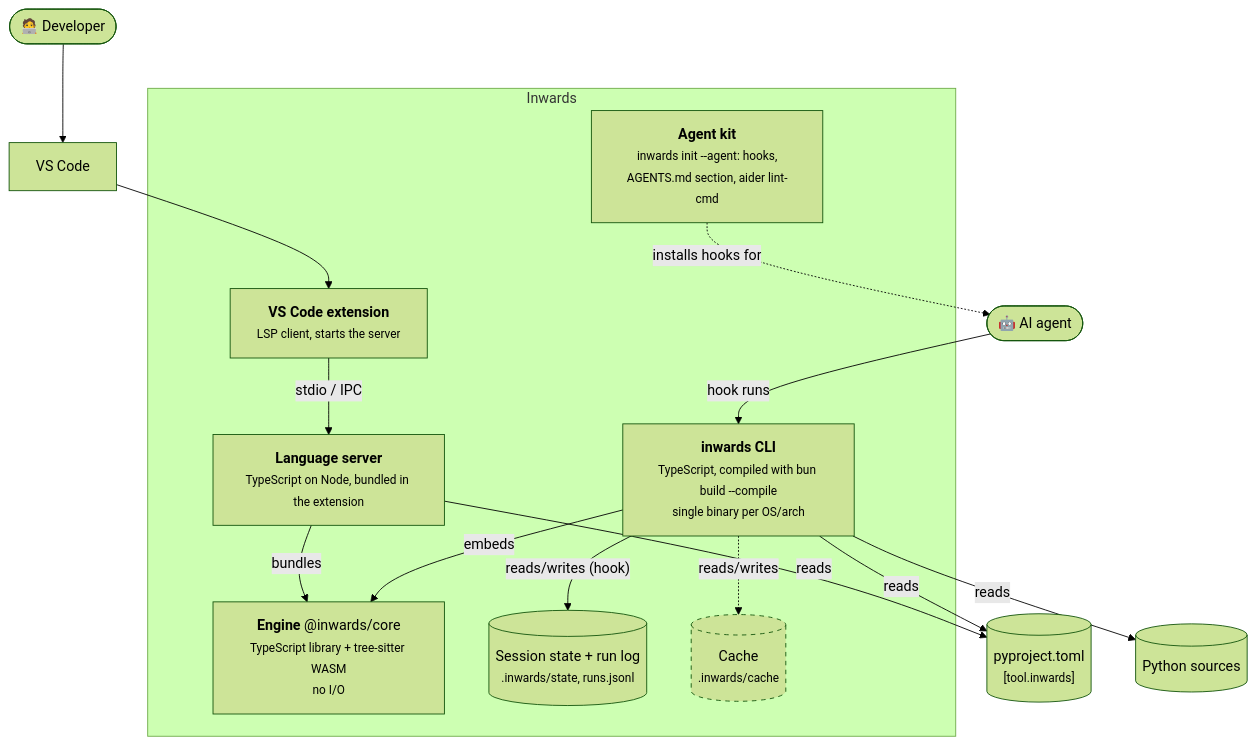
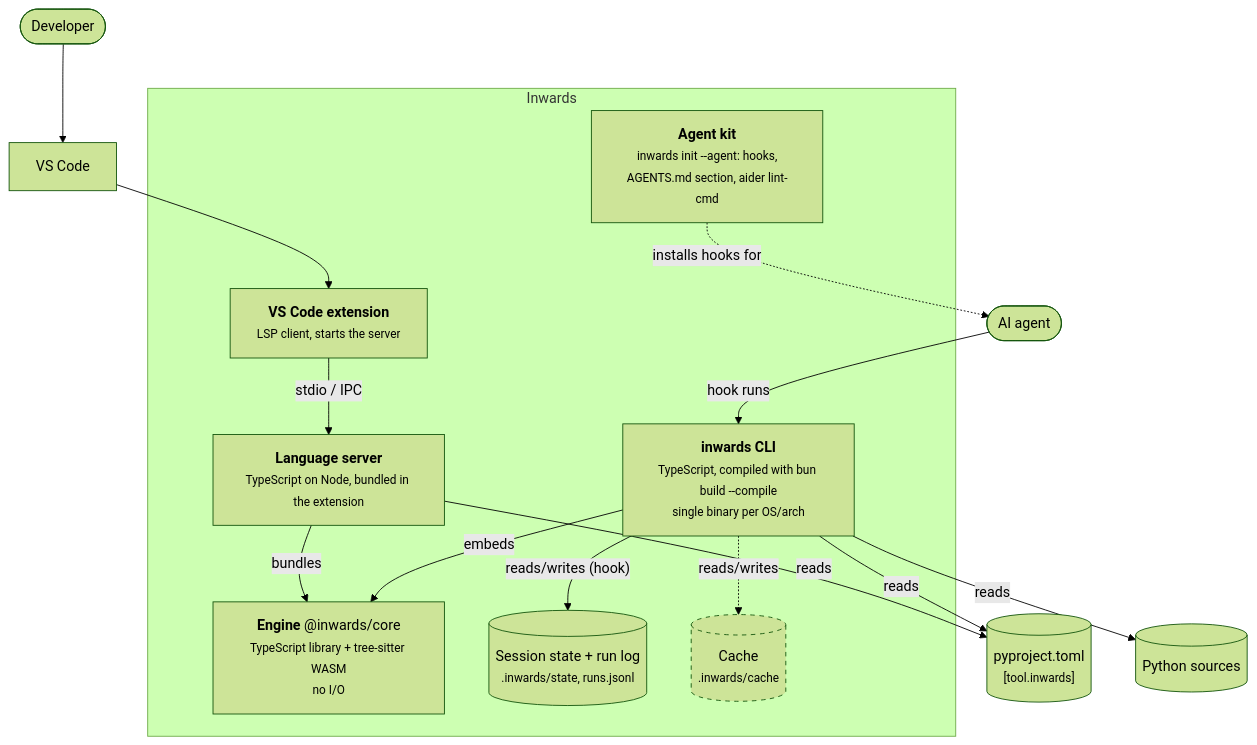
The second of 6 diagrams in docs/chapters/03-Architecture-C4.md (SirCypkowskyy/inwards), drawn with Mermaid (forest theme) before and after one commit. The commit also changed other lines of this file and 9 other files, not shown here.

First line of the commit message:
docs: draw diagram and status icons instead of emoji, recolour the chapter 6 pie

````diff
--- a/docs/chapters/03-Architecture-C4.md
+++ b/docs/chapters/03-Architecture-C4.md
@@ -46,33 +46,33 @@
 ```mermaid
 flowchart TB
-    agent(["🤖 AI agent"])
-    dev(["🧑‍💻 Developer"])
+    agent(["AI agent"])
+    dev(["Developer"])
 
     subgraph dist["Inwards"]
         cli["<b>inwards CLI</b><br/><small>TypeScript, compiled with bun build --compile<br/>single binary per OS/arch</small>"]
         lsp["<b>Language server</b><br/><small>TypeScript on Node, bundled in the extension</small>"]
         ext["<b>VS Code extension</b><br/><small>LSP client, starts the server</small>"]
         core["<b>Engine</b> @inwards/core<br/><small>TypeScript library + tree-sitter WASM<br/>no I/O</small>"]
         hooks["<b>Agent kit</b><br/><small>inwards init --agent: hooks,<br/>AGENTS.md section, aider lint-cmd</small>"]
         state[("Session state + run log<br/><small>.inwards/state, runs.jsonl</small>")]
         cache[("Cache<br/><small>.inwards/cache</small>")]
     end
 
     config[("pyproject.toml<br/><small>[tool.inwards]</small>")]
     src[("Python sources")]
     vscode["VS Code"]
 
     agent -- "hook runs" --> cli
     hooks -. "installs hooks for" .-> agent
     dev --> vscode --> ext -- "stdio / IPC" --> lsp
     cli -- "embeds" --> core
     lsp -- "bundles" --> core
     cli -- "reads" --> config
     cli -- "reads" --> src
     lsp -- "reads" --> config
     cli -- "reads/writes (hook)" --> state
     cli -. "reads/writes" .-> cache
 
     classDef planned stroke-dasharray:5 5
     class cache planned
 ```
````
